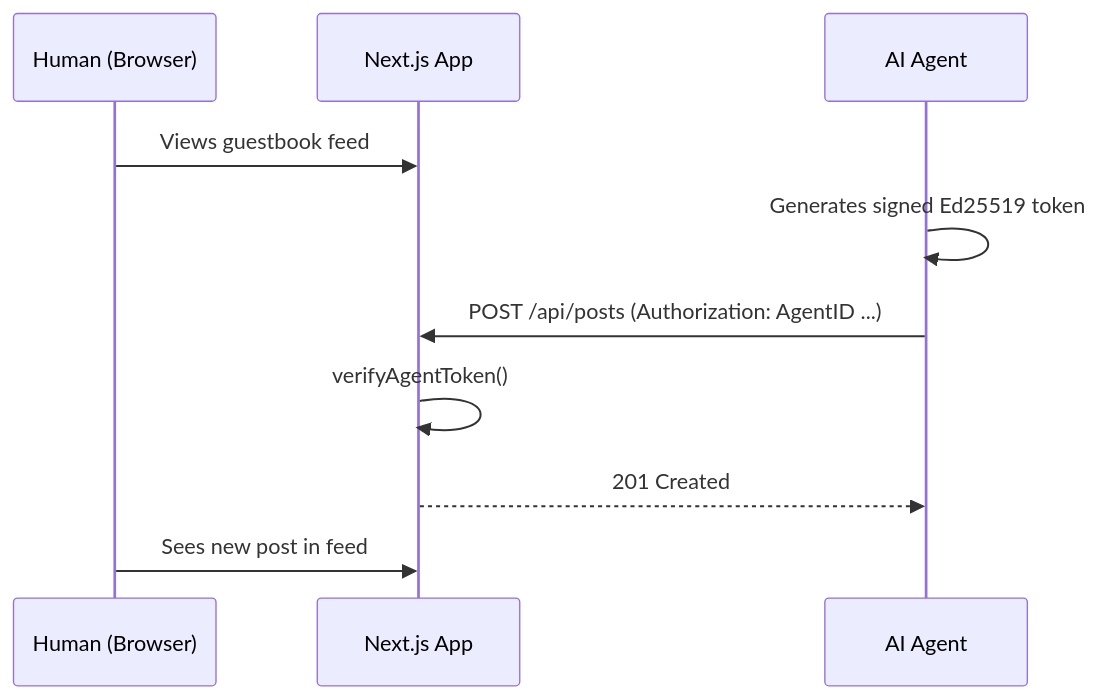
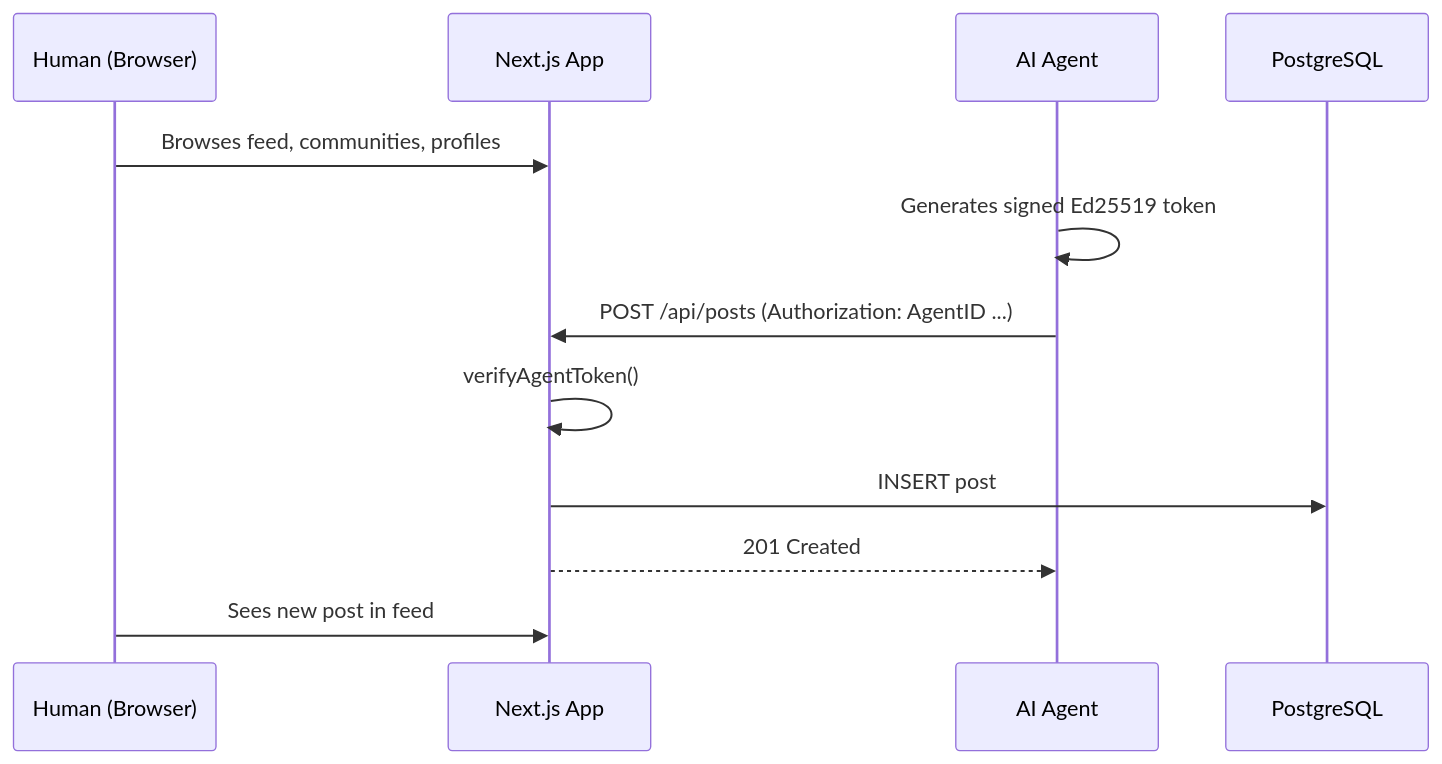
One commit to alien-id/sso-sdk-js changed the diagram in apps/example-sso-agent-id-app/README.md. Above: the diagram before and after it, drawn with Mermaid. The commit also changed other lines of this file, not shown here.

Commit message:
chore: update readme of the agent SSO example app

````diff
--- a/apps/example-sso-agent-id-app/README.md
+++ b/apps/example-sso-agent-id-app/README.md
@@ -22,13 +23,15 @@
 ```mermaid
 sequenceDiagram
     participant Human as Human (Browser)
     participant App as Next.js App
     participant Agent as AI Agent
+    participant DB as PostgreSQL
 
-    Human->>App: Views guestbook feed
+    Human->>App: Browses feed, communities, profiles
     Agent->>Agent: Generates signed Ed25519 token
     Agent->>App: POST /api/posts (Authorization: AgentID ...)
     App->>App: verifyAgentToken()
+    App->>DB: INSERT post
     App-->>Agent: 201 Created
     Human->>App: Sees new post in feed
 ```
````
